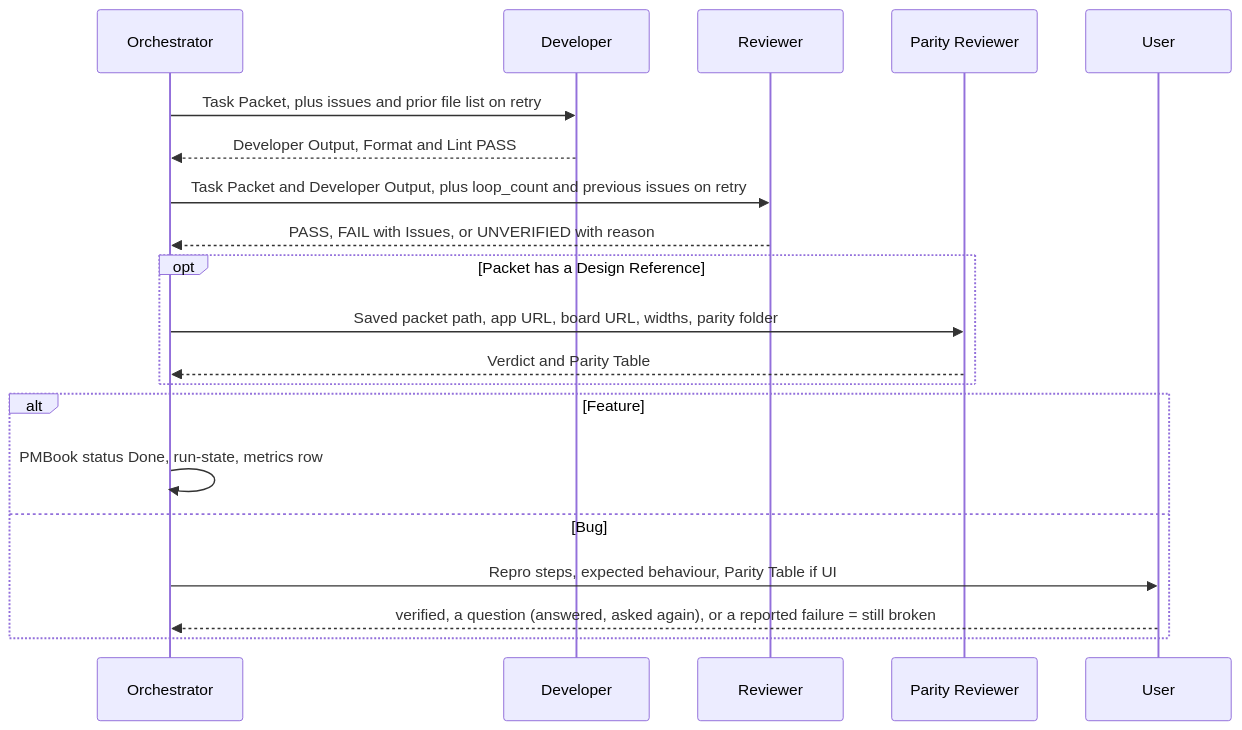
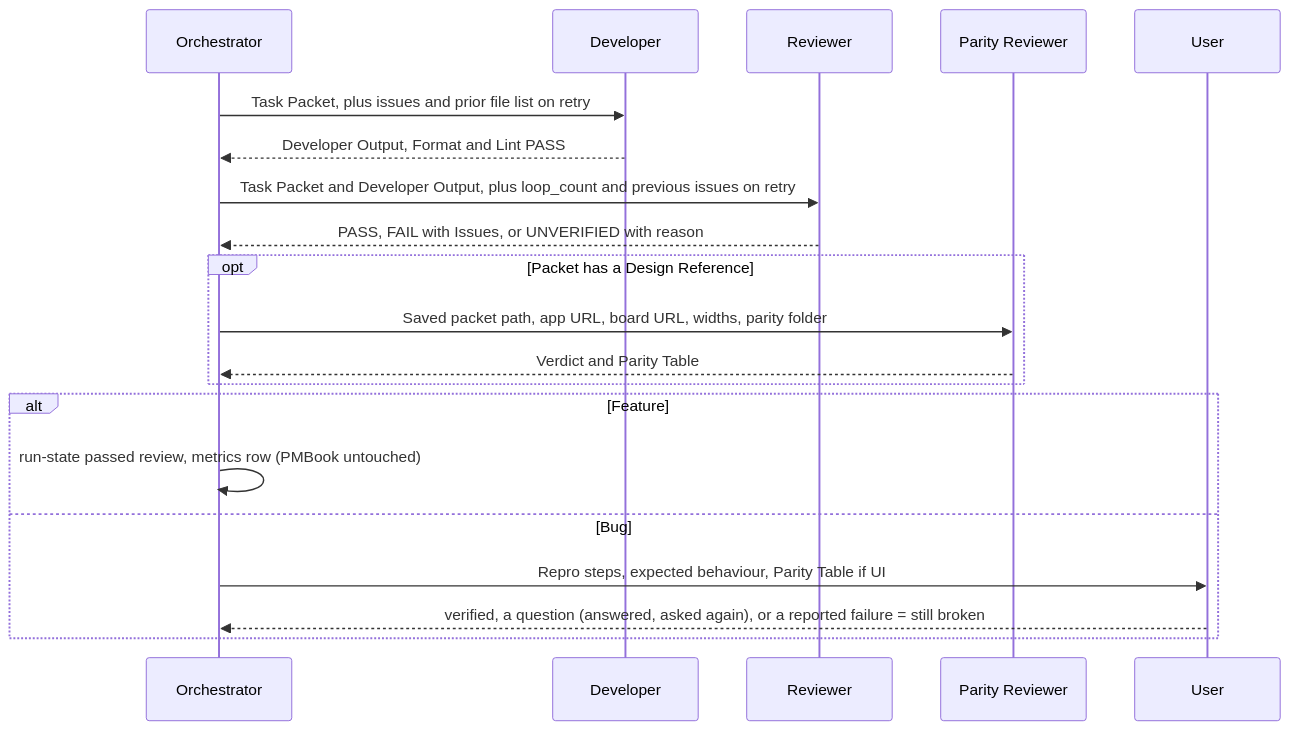
Before and after one commit to muhammedalikhan86/claude-stash: the third of 3 diagrams in skills/orchestrator-development-pattern/mermaid/03-phase1-work-item-loop.md, drawn with Mermaid. The commit also changed other lines of this file and 32 other files, not shown here.

````diff
--- a/skills/orchestrator-development-pattern/mermaid/03-phase1-work-item-loop.md
+++ b/skills/orchestrator-development-pattern/mermaid/03-phase1-work-item-loop.md
@@ -93,22 +108,22 @@
 ```mermaid
 sequenceDiagram
     participant O as Orchestrator
     participant D as Developer
     participant R as Reviewer
     participant P as Parity Reviewer
     participant U as User
     O->>D: Task Packet, plus issues and prior file list on retry
     D-->>O: Developer Output, Format and Lint PASS
     O->>R: Task Packet and Developer Output, plus loop_count and previous issues on retry
     R-->>O: PASS, FAIL with Issues, or UNVERIFIED with reason
     opt Packet has a Design Reference
         O->>P: Saved packet path, app URL, board URL, widths, parity folder
         P-->>O: Verdict and Parity Table
     end
     alt Feature
-        O->>O: PMBook status Done, run-state, metrics row
+        O->>O: run-state passed review, metrics row (PMBook untouched)
     else Bug
         O->>U: Repro steps, expected behaviour, Parity Table if UI
         U-->>O: verified, a question (answered, asked again), or a reported failure = still broken
     end
 ```
````
